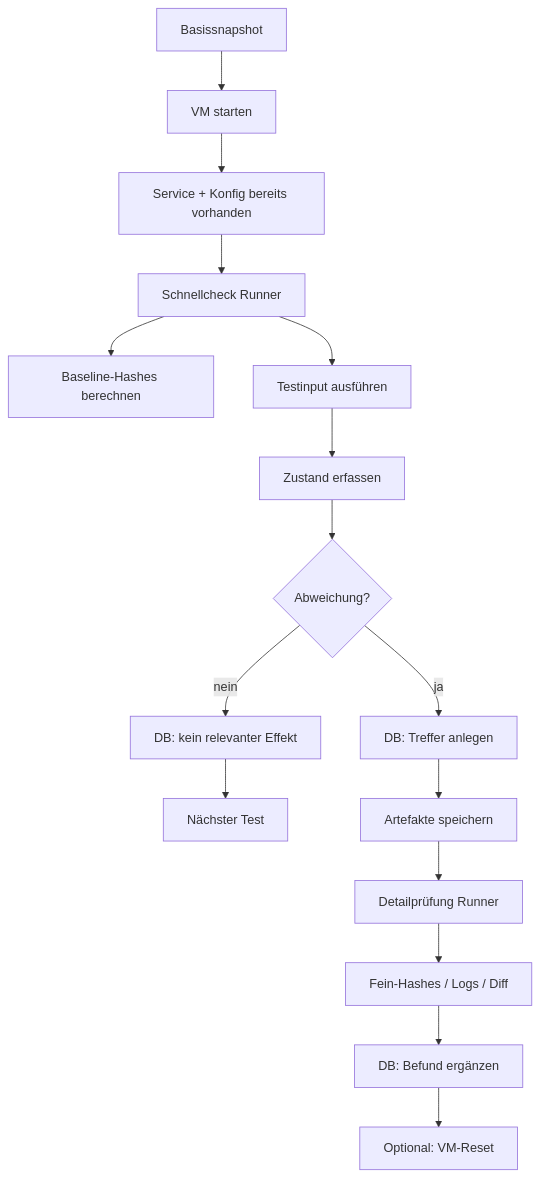
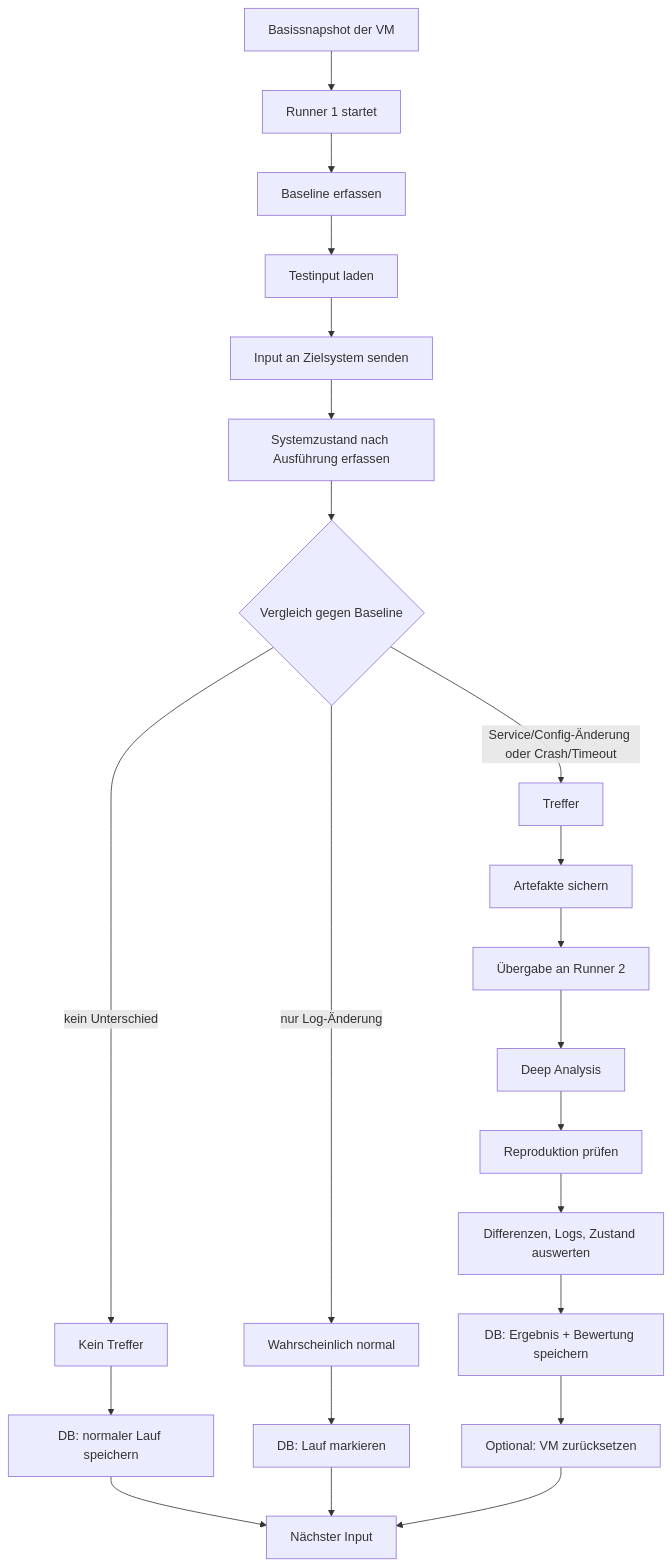
The diagram in README.md (florianthepro/bruteforce), drawn with Mermaid before and after one commit. The commit also changed other lines of this file, not shown here.

````diff
--- a/README.md
+++ b/README.md
@@ -3,21 +36,30 @@
 ```mermaid
 flowchart TD
-    A[Basissnapshot] --> B[VM starten]
-    B --> C[Service + Konfig bereits vorhanden]
-    C --> D[Schnellcheck Runner]
-    D --> E[Baseline-Hashes berechnen]
-    D --> F[Testinput ausführen]
+    A[Basissnapshot der VM] --> B[Runner 1 startet]
+    B --> C[Baseline erfassen]
+    C --> D[Testinput laden]
 
-    F --> G[Zustand erfassen]
-    G --> H{Abweichung?}
+    D --> E[Input an Zielsystem senden]
+    E --> F[Systemzustand nach Ausführung erfassen]
 
-    H -- nein --> I[DB: kein relevanter Effekt]
-    I --> J[Nächster Test]
+    F --> G{Vergleich gegen Baseline}
 
-    H -- ja --> K[DB: Treffer anlegen]
-    K --> L[Artefakte speichern]
-    L --> M[Detailprüfung Runner]
-    M --> N[Fein-Hashes / Logs / Diff]
-    N --> O[DB: Befund ergänzen]
-    O --> P[Optional: VM-Reset]
+    G -- kein Unterschied --> H[Kein Treffer]
+    H --> I[DB: normaler Lauf speichern]
+    I --> J[Nächster Input]
+
+    G -- nur Log-Änderung --> K[Wahrscheinlich normal]
+    K --> L[DB: Lauf markieren]
+    L --> J
+
+    G -- Service/Config-Änderung oder Crash/Timeout --> M[Treffer]
+    M --> N[Artefakte sichern]
+    N --> O[Übergabe an Runner 2]
+
+    O --> P[Deep Analysis]
+    P --> Q[Reproduktion prüfen]
+    Q --> R[Differenzen, Logs, Zustand auswerten]
+    R --> S[DB: Ergebnis + Bewertung speichern]
+    S --> T[Optional: VM zurücksetzen]
+    T --> J
 ```
````
